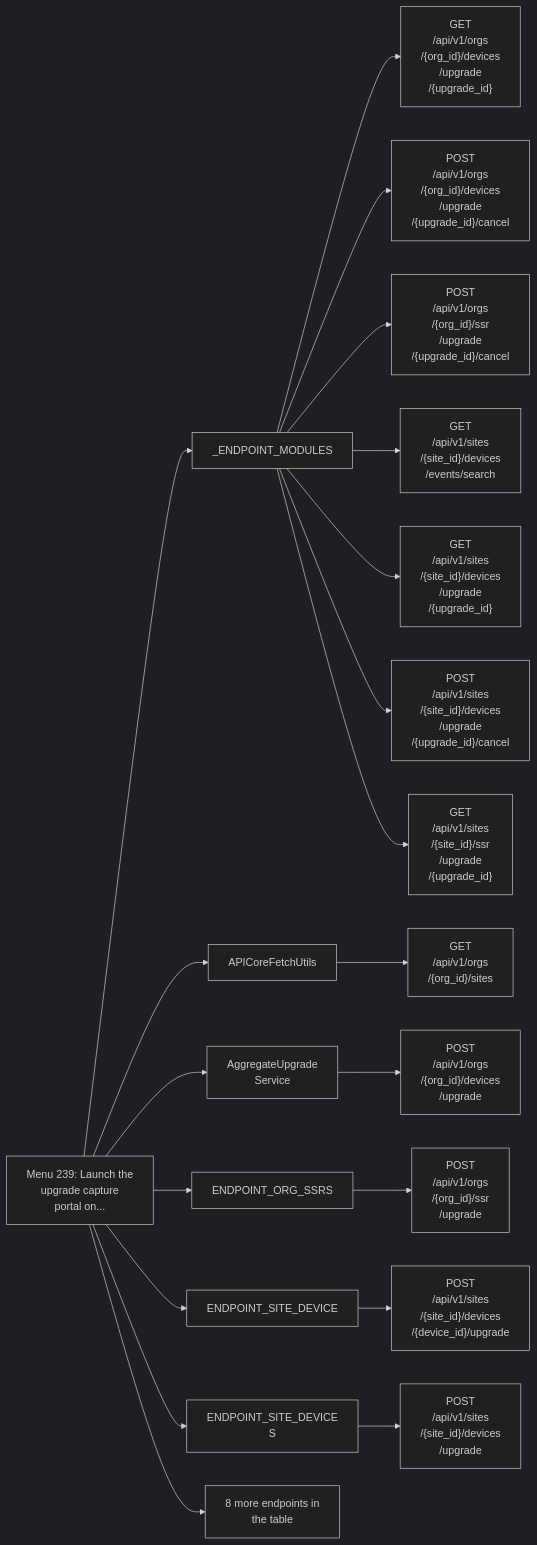
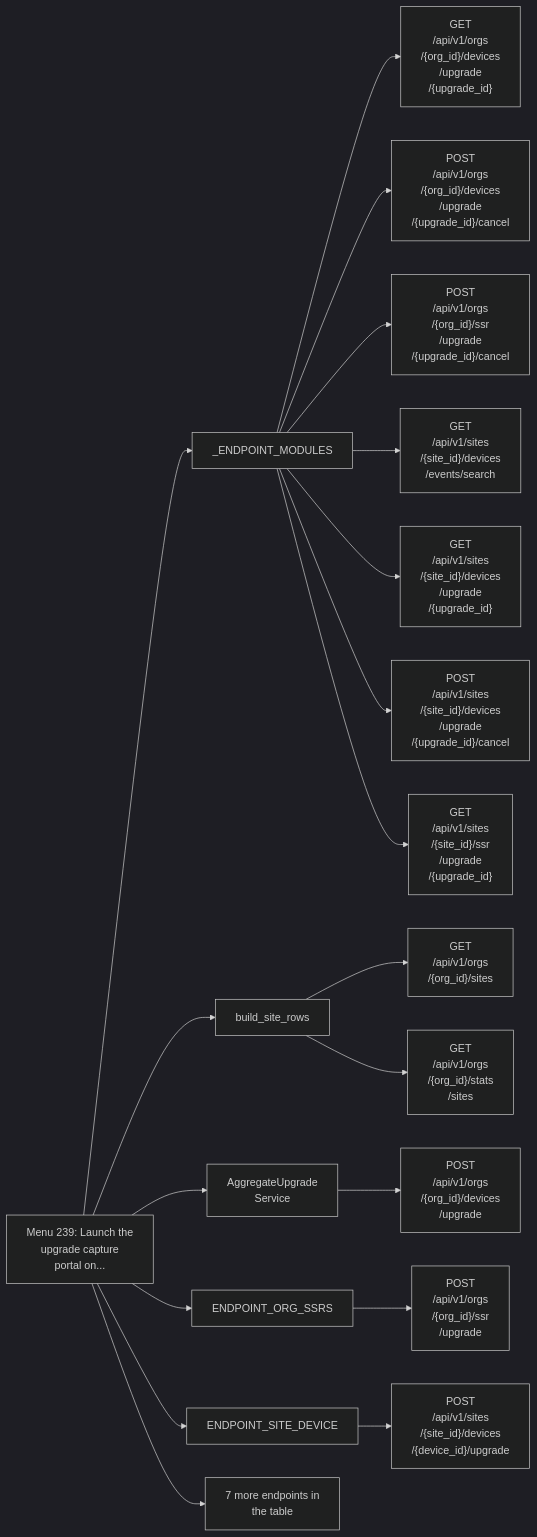
One commit to jmorrison-juniper/MistHelper changed diagram 27 of 27 in documentation/menu-api/destructive.md. Above: the diagram before and after it, drawn with Mermaid (dark theme). The commit also changed other lines of this file and 3 other files, not shown here.

First line of the commit message:
docs(menu-api): regenerate the menu 239 map after the E2E seam removal

````diff
--- a/documentation/menu-api/destructive.md
+++ b/documentation/menu-api/destructive.md
@@ -938,23 +937,22 @@
 ```mermaid
 flowchart LR
     menu["Menu 239: Launch the<br/>upgrade capture<br/>portal on..."]
     menu --> c1["_ENDPOINT_MODULES"]
     c1 --> e1["GET<br/>/api/v1/orgs<br/>/{org_id}/devices<br/>/upgrade<br/>/{upgrade_id}"]
     c1 --> e2["POST<br/>/api/v1/orgs<br/>/{org_id}/devices<br/>/upgrade<br/>/{upgrade_id}/cancel"]
     c1 --> e3["POST<br/>/api/v1/orgs<br/>/{org_id}/ssr<br/>/upgrade<br/>/{upgrade_id}/cancel"]
     c1 --> e4["GET<br/>/api/v1/sites<br/>/{site_id}/devices<br/>/events/search"]
     c1 --> e5["GET<br/>/api/v1/sites<br/>/{site_id}/devices<br/>/upgrade<br/>/{upgrade_id}"]
     c1 --> e6["POST<br/>/api/v1/sites<br/>/{site_id}/devices<br/>/upgrade<br/>/{upgrade_id}/cancel"]
     c1 --> e7["GET<br/>/api/v1/sites<br/>/{site_id}/ssr<br/>/upgrade<br/>/{upgrade_id}"]
-    menu --> c2["APICoreFetchUtils"]
+    menu --> c2["build_site_rows"]
     c2 --> e8["GET<br/>/api/v1/orgs<br/>/{org_id}/sites"]
+    c2 --> e9["GET<br/>/api/v1/orgs<br/>/{org_id}/stats<br/>/sites"]
     menu --> c3["AggregateUpgrade<br/>Service"]
-    c3 --> e9["POST<br/>/api/v1/orgs<br/>/{org_id}/devices<br/>/upgrade"]
+    c3 --> e10["POST<br/>/api/v1/orgs<br/>/{org_id}/devices<br/>/upgrade"]
     menu --> c4["ENDPOINT_ORG_SSRS"]
-    c4 --> e10["POST<br/>/api/v1/orgs<br/>/{org_id}/ssr<br/>/upgrade"]
+    c4 --> e11["POST<br/>/api/v1/orgs<br/>/{org_id}/ssr<br/>/upgrade"]
     menu --> c5["ENDPOINT_SITE_DEVICE"]
-    c5 --> e11["POST<br/>/api/v1/sites<br/>/{site_id}/devices<br/>/{device_id}/upgrade"]
-    menu --> c6["ENDPOINT_SITE_DEVICE<br/>S"]
-    c6 --> e12["POST<br/>/api/v1/sites<br/>/{site_id}/devices<br/>/upgrade"]
-    menu --> more["8 more endpoints in<br/>the table"]
+    c5 --> e12["POST<br/>/api/v1/sites<br/>/{site_id}/devices<br/>/{device_id}/upgrade"]
+    menu --> more["7 more endpoints in<br/>the table"]
 ```
````
